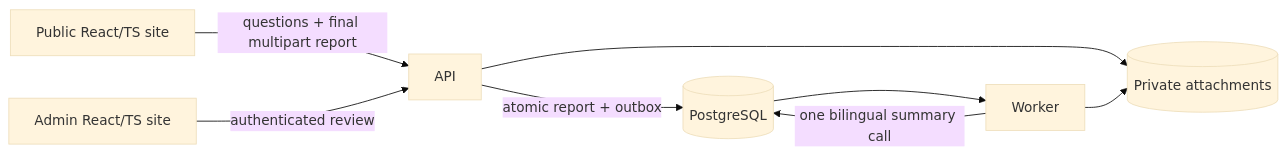
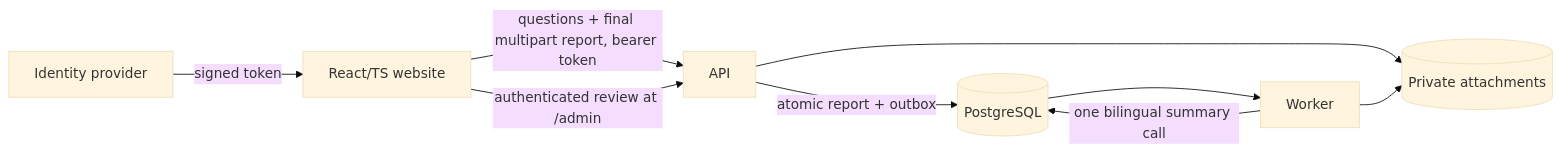
Before and after one commit to HPAC-Safety/safety-report: the diagram in docs/architecture.md, drawn with Mermaid (base theme). The commit also changed other lines of this file and 52 other files, not shown here.

````diff
--- a/docs/architecture.md
+++ b/docs/architecture.md
@@ -8,10 +8,11 @@
 ```mermaid
 flowchart LR
-    public["Public React/TS site"] -->|"questions + final multipart report"| api["API"]
-    admin["Admin React/TS site"] -->|"authenticated review"| api
+    idp["Identity provider"] -->|"signed token"| web["React/TS website"]
+    web -->|"questions + final multipart report, bearer token"| api["API"]
+    web -->|"authenticated review at /admin"| api
     api -->|"atomic report + outbox"| db[("PostgreSQL")]
     api --> private[("Private attachments")]
     db --> worker["Worker"]
     worker -->|"one bilingual summary call"| db
     worker --> private
 ```
````
